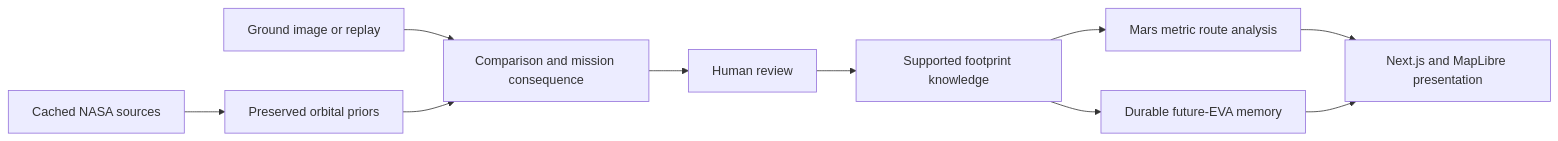
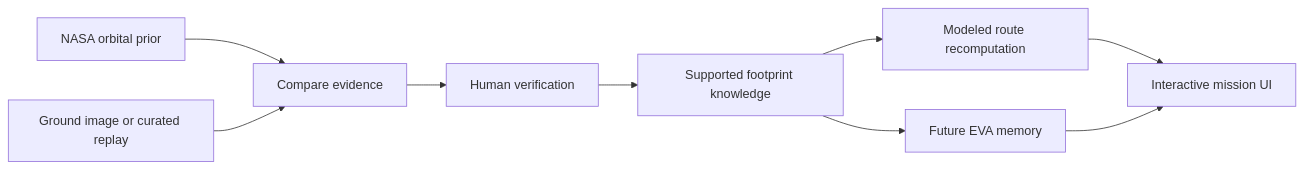
The diagram in README.md (SDAFIK/MARSENSE), drawn with Mermaid before and after one commit. The commit also changed other lines of this file and 4 other files, not shown here.

````diff
--- a/README.md
+++ b/README.md
@@ -85,12 +52,11 @@
 ```mermaid
 flowchart LR
-  NASA[Cached NASA sources] --> Prior[Preserved orbital priors]
-  Camera[Ground image or replay] --> Compare[Comparison and mission consequence]
-  Prior --> Compare
-  Compare --> Human[Human review]
-  Human --> Knowledge[Supported footprint knowledge]
-  Knowledge --> Route[Mars metric route analysis]
-  Knowledge --> Memory[Durable future-EVA memory]
-  Route --> UI[Next.js and MapLibre presentation]
-  Memory --> UI
+    A[NASA orbital prior] --> C[Compare evidence]
+    B[Ground image or curated replay] --> C
+    C --> D[Human verification]
+    D --> E[Supported footprint knowledge]
+    E --> F[Modeled route recomputation]
+    E --> G[Future EVA memory]
+    F --> H[Interactive mission UI]
+    G --> H
 ```
````
